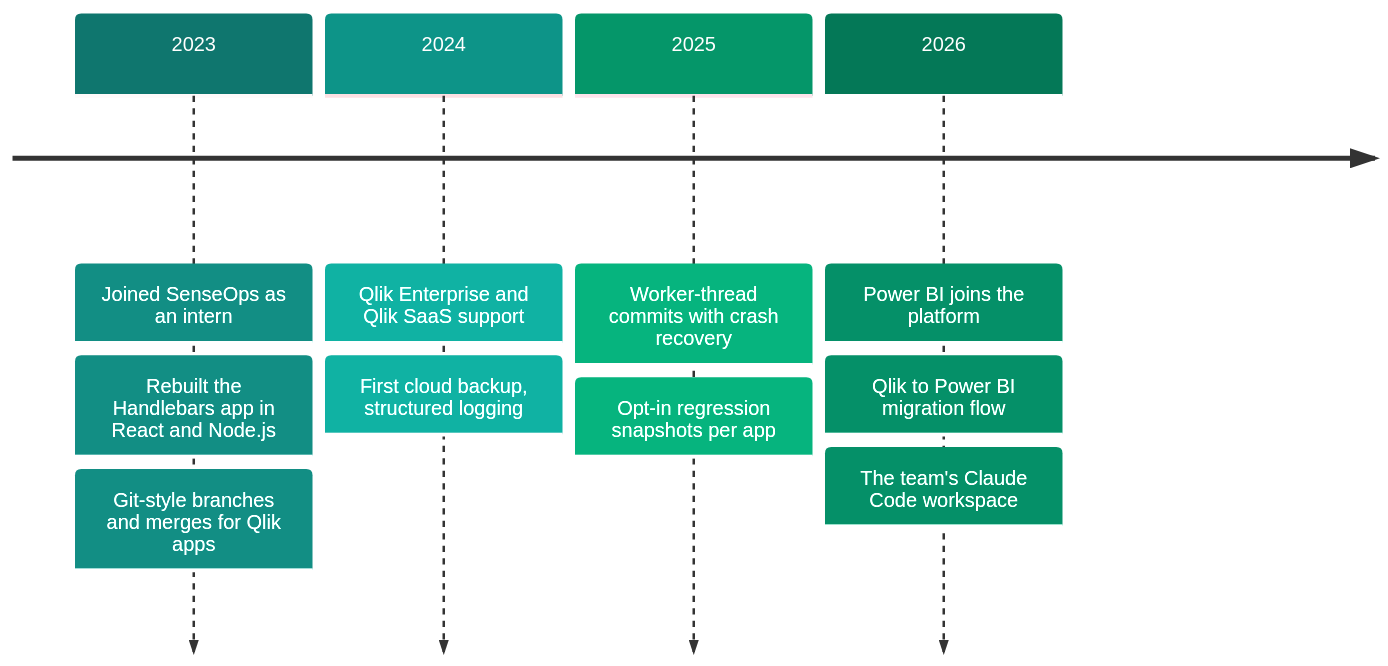
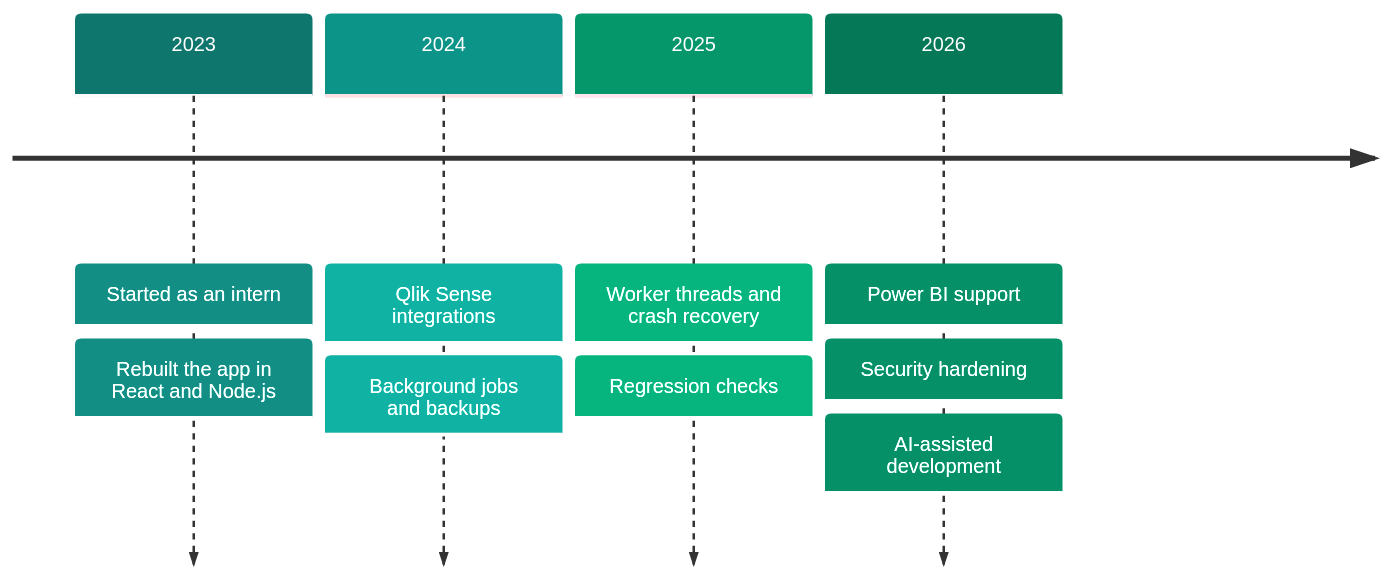
One commit to AneshSM/aneshsm changed the diagram in README.md. Above: the diagram before and after it, drawn with Mermaid. The commit also changed other lines of this file and 2 other files, not shown here.

Commit message:
docs(readme): general wording, one diagram, drop versioning and current work

````diff
--- a/README.md
+++ b/README.md
@@ -21,14 +21,13 @@
 ```mermaid
 %%{init: {'theme': 'base', 'themeVariables': {'cScale0': '#0f766e', 'cScale1': '#0d9488', 'cScale2': '#059669', 'cScale3': '#047857', 'cScaleLabel0': '#ffffff', 'cScaleLabel1': '#ffffff', 'cScaleLabel2': '#ffffff', 'cScaleLabel3': '#ffffff'}}}%%
 timeline
-    2023 : Joined SenseOps as an intern
-         : Rebuilt the Handlebars app in React and Node.js
-         : Git-style branches and merges for Qlik apps
-    2024 : Qlik Enterprise and Qlik SaaS support
-         : First cloud backup, structured logging
-    2025 : Worker-thread commits with crash recovery
-         : Opt-in regression snapshots per app
-    2026 : Power BI joins the platform
-         : Qlik to Power BI migration flow
-         : The team's Claude Code workspace
+    2023 : Started as an intern
+         : Rebuilt the app in React and Node.js
+    2024 : Qlik Sense integrations
+         : Background jobs and backups
+    2025 : Worker threads and crash recovery
+         : Regression checks
+    2026 : Power BI support
+         : Security hardening
+         : AI-assisted development
 ```
````
